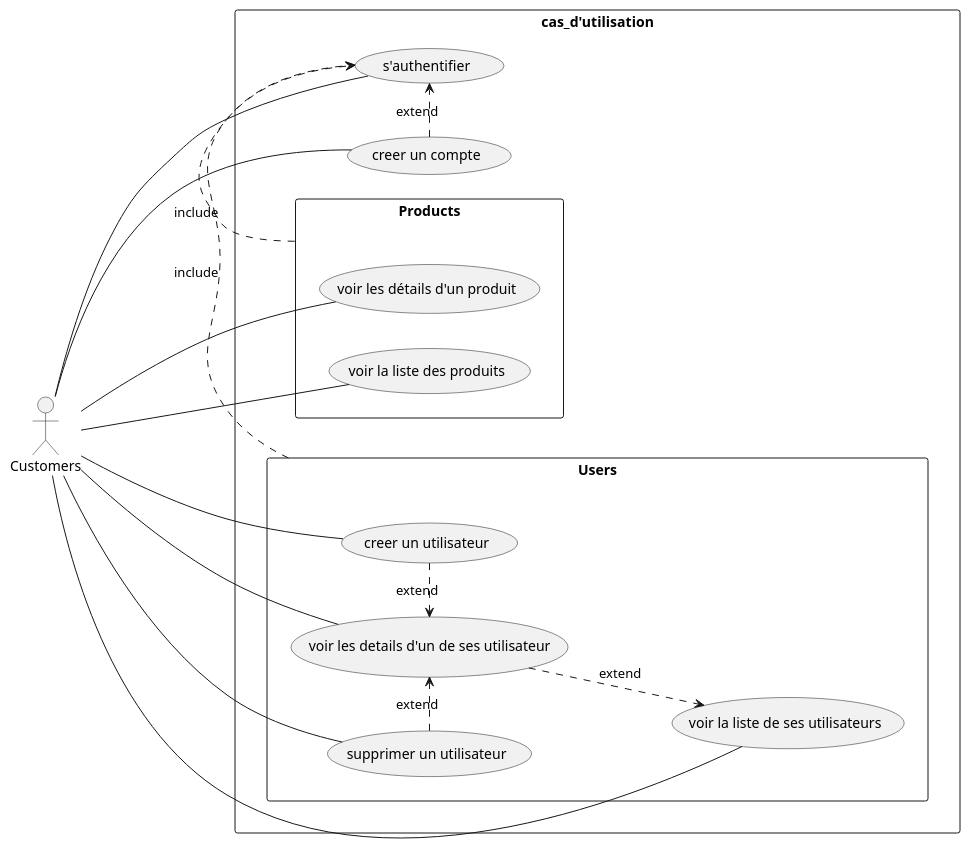
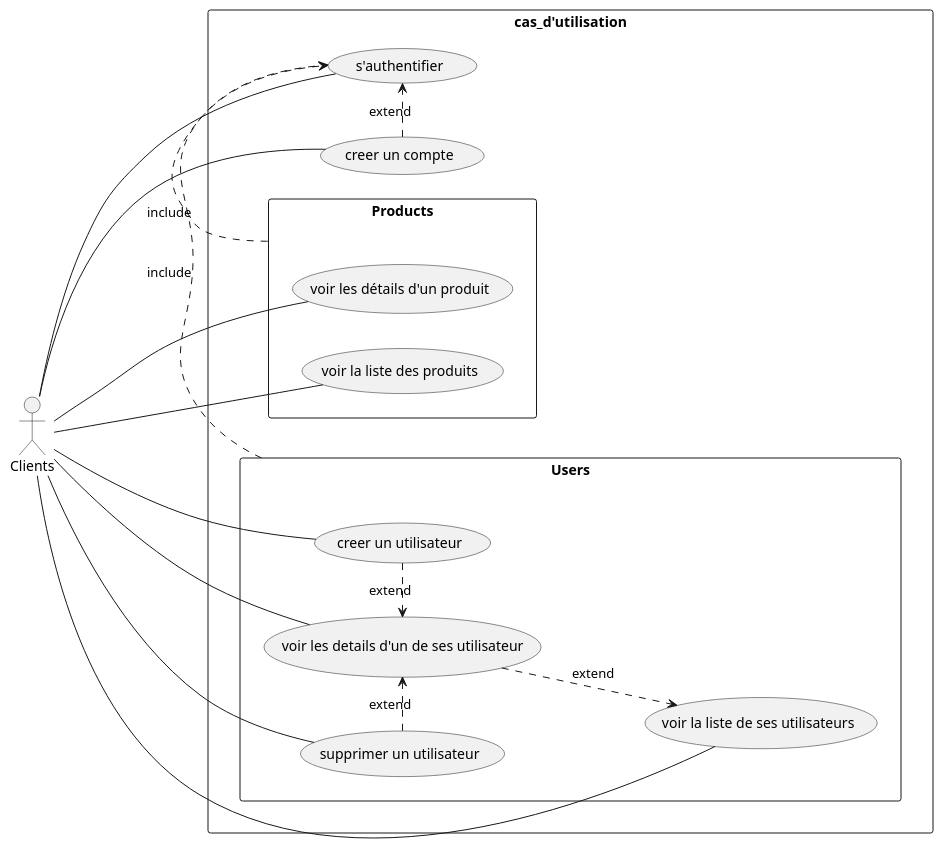
Before and after one commit to HaiseB/BileMo: the diagram in uml/ddcu_cas_d'utilisation.plantuml, drawn with PlantUML. The commit also changed 24 other files, not shown here.

```diff
--- a/uml/ddcu_cas_d'utilisation.plantuml
+++ b/uml/ddcu_cas_d'utilisation.plantuml
@@ -1,35 +1,35 @@
 @startuml cas_d'utilisation
 scale 1
 Left to right direction
 skinparam packageStyle rect
-actor Customers
+actor Clients
 
 rectangle cas_d'utilisation {
-    (Customers) --- (s'authentifier)
-    (Customers) -- (creer un compte)
+    (Clients) --- (s'authentifier)
+    (Clients) -- (creer un compte)
 
     package Users {
-        (Customers) -- (voir la liste de ses utilisateurs)
-        (Customers) -- (voir les details d'un de ses utilisateur)
-        (Customers) -- (creer un utilisateur)
-        (Customers) -- (supprimer un utilisateur)
+        (Clients) -- (voir la liste de ses utilisateurs)
+        (Clients) -- (voir les details d'un de ses utilisateur)
+        (Clients) -- (creer un utilisateur)
+        (Clients) -- (supprimer un utilisateur)
     }
 
     package Products {
-        (Customers) -- (voir la liste des produits)
-        (Customers) -- (voir les détails d'un produit)
+        (Clients) -- (voir la liste des produits)
+        (Clients) -- (voir les détails d'un produit)
     }
 
     Users .> (s'authentifier):include
     Products .> (s'authentifier):include
 
     (creer un compte) .> (s'authentifier):extend
 
     (voir les details d'un de ses utilisateur) ..> (voir la liste de ses utilisateurs):extend
 
     (creer un utilisateur) .> (voir les details d'un de ses utilisateur):extend
     (supprimer un utilisateur) .> (voir les details d'un de ses utilisateur):extend
 
 }
 
 @enduml
```
